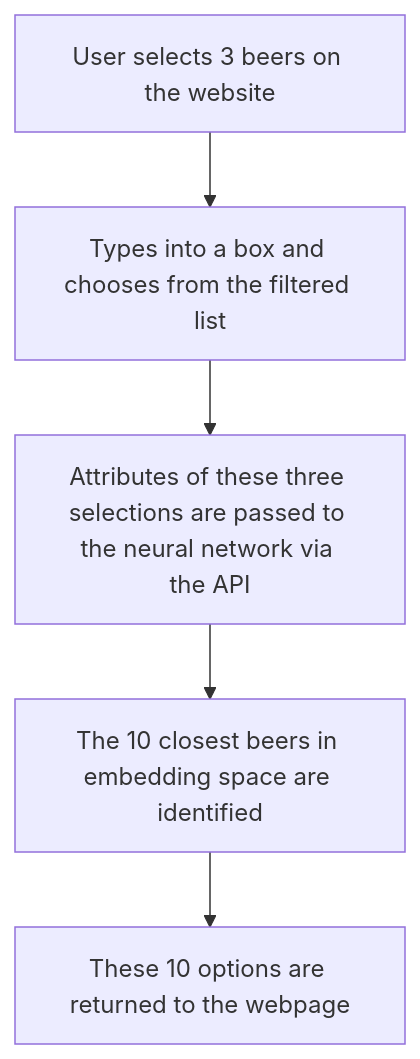
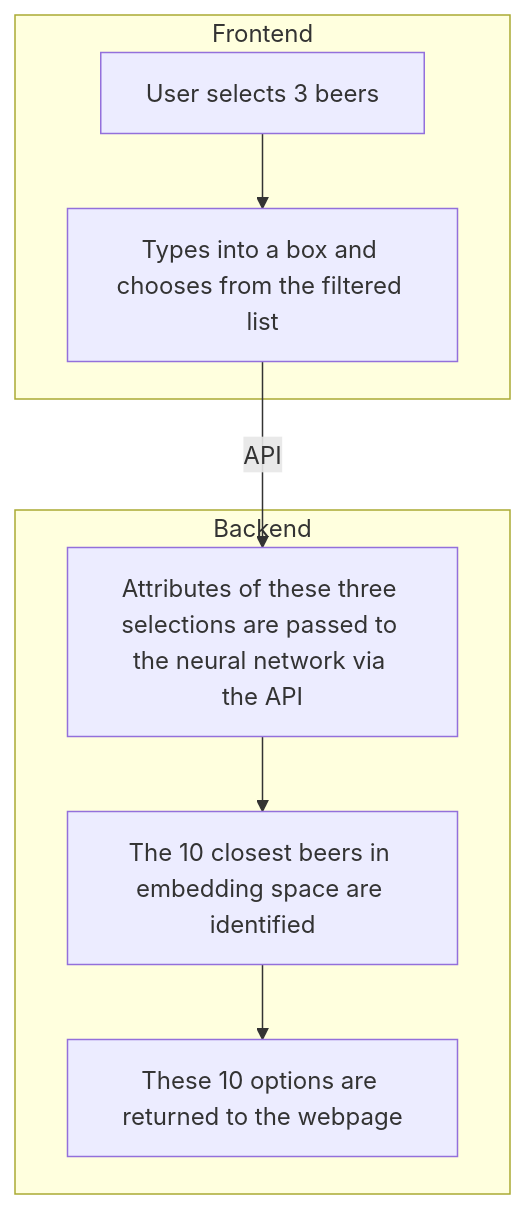
The diagram in README.md (jhyland01/beer-recommender), drawn with Mermaid before and after one commit.

Commit message:
chore: Refactor project structure, update dependencies, and improve user beer selection process

````diff
--- a/README.md
+++ b/README.md
@@ -6,7 +6,18 @@
 ```mermaid
 graph TD
-    A[User selects 3 beers on the website] --> B[Types into a box and chooses from the filtered list]
-    B --> C[Attributes of these three selections are passed to the neural network via the API]
-    C --> D[The 10 closest beers in embedding space are identified]
-    D --> E[These 10 options are returned to the webpage]
+    subgraph Frontend
+        A[User selects 3 beers]
+        B[Types into a box and chooses from the filtered list]
+        A --> B
+    end
+
+    subgraph Backend
+        C[Attributes of these three selections are passed to the neural network via the API]
+        D[The 10 closest beers in embedding space are identified]
+        E[These 10 options are returned to the webpage]
+    end
+
+    B -->|API| C
+    C --> D
+    D --> E
 ```
````
